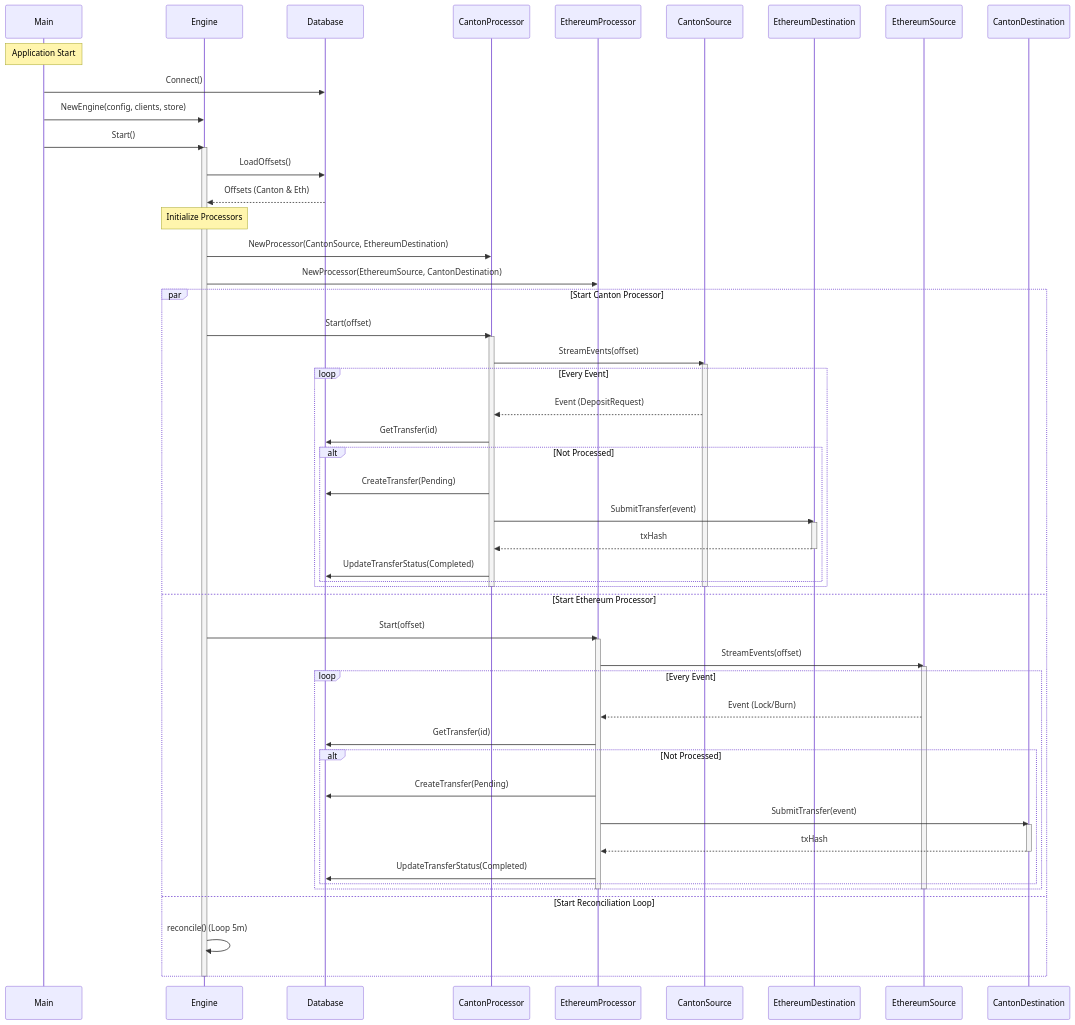
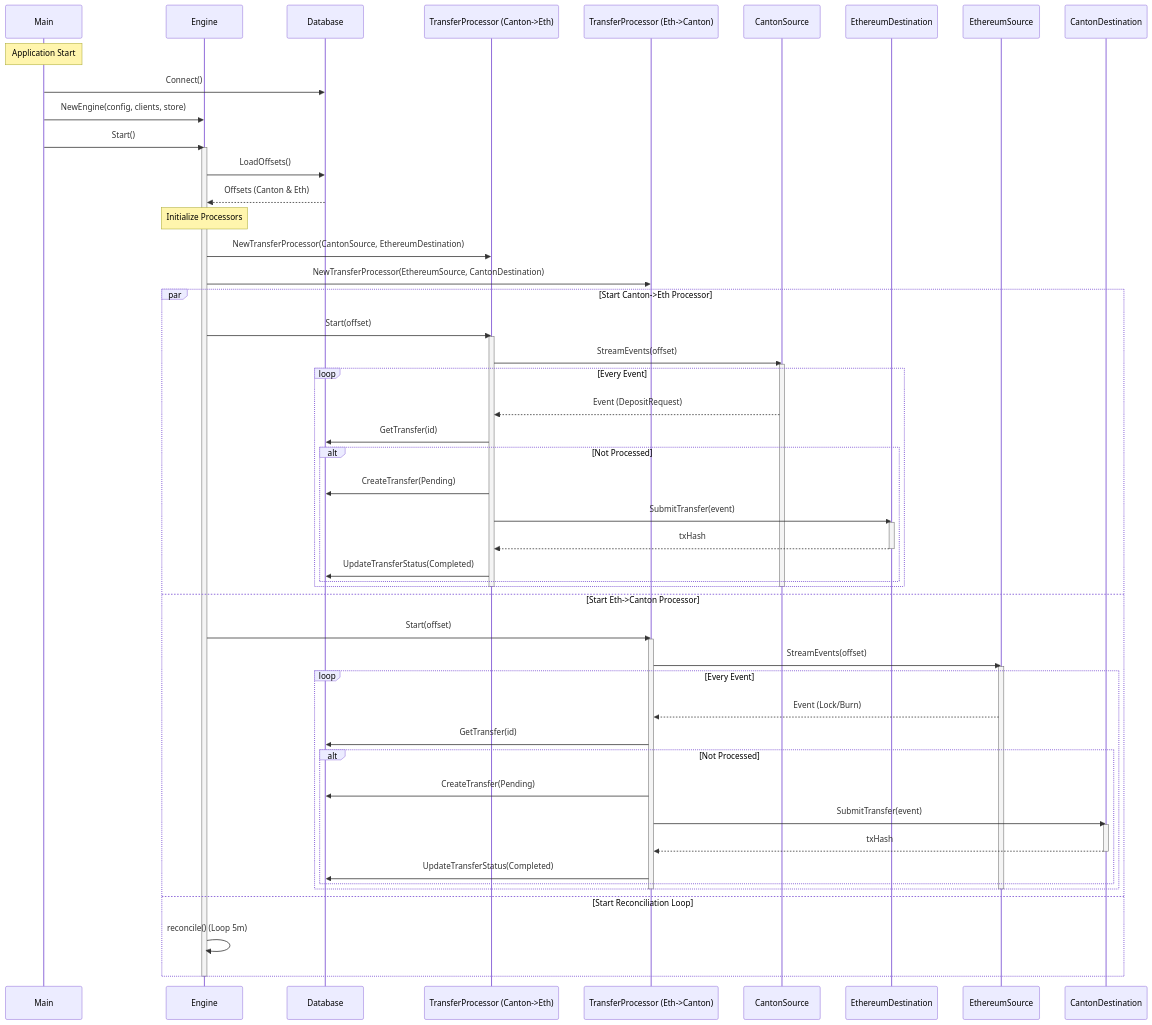
One commit to ChainSafe/canton-middleware changed the diagram in docs/architecture_design.md. Above: the diagram before and after it, drawn with Mermaid. The commit also changed other lines of this file and 3 other files, not shown here.

````diff
--- a/docs/architecture_design.md
+++ b/docs/architecture_design.md
@@ -7,71 +7,71 @@
 ```mermaid
 sequenceDiagram
     participant Main
     participant Engine
     participant Store as Database
-    participant CP as CantonProcessor
-    participant EP as EthereumProcessor
+    participant C2E as TransferProcessor (Canton->Eth)
+    participant E2C as TransferProcessor (Eth->Canton)
     participant CS as CantonSource
     participant ED as EthereumDestination
     participant ES as EthereumSource
     participant CD as CantonDestination
 
     Note over Main: Application Start
 
     Main->>Store: Connect()
     Main->>Engine: NewEngine(config, clients, store)
     Main->>Engine: Start()
 
     activate Engine
     Engine->>Store: LoadOffsets()
     Store-->>Engine: Offsets (Canton & Eth)
 
     Note over Engine: Initialize Processors
 
-    Engine->>CP: NewProcessor(CantonSource, EthereumDestination)
-    Engine->>EP: NewProcessor(EthereumSource, CantonDestination)
+    Engine->>C2E: NewTransferProcessor(CantonSource, EthereumDestination)
+    Engine->>E2C: NewTransferProcessor(EthereumSource, CantonDestination)
 
-    par Start Canton Processor
-        Engine->>CP: Start(offset)
-        activate CP
-        CP->>CS: StreamEvents(offset)
+    par Start Canton->Eth Processor
+        Engine->>C2E: Start(offset)
+        activate C2E
+        C2E->>CS: StreamEvents(offset)
         activate CS
         loop Every Event
-            CS-->>CP: Event (DepositRequest)
-            CP->>Store: GetTransfer(id)
+            CS-->>C2E: Event (DepositRequest)
+            C2E->>Store: GetTransfer(id)
             alt Not Processed
-                CP->>Store: CreateTransfer(Pending)
-                CP->>ED: SubmitTransfer(event)
+                C2E->>Store: CreateTransfer(Pending)
+                C2E->>ED: SubmitTransfer(event)
                 activate ED
-                ED-->>CP: txHash
+                ED-->>C2E: txHash
                 deactivate ED
-                CP->>Store: UpdateTransferStatus(Completed)
+                C2E->>Store: UpdateTransferStatus(Completed)
             end
         end
         deactivate CS
-        deactivate CP
-    and Start Ethereum Processor
-        Engine->>EP: Start(offset)
-        activate EP
-        EP->>ES: StreamEvents(offset)
+        deactivate C2E
+    and Start Eth->Canton Processor
+        Engine->>E2C: Start(offset)
+        activate E2C
+        E2C->>ES: StreamEvents(offset)
         activate ES
         loop Every Event
-            ES-->>EP: Event (Lock/Burn)
-            EP->>Store: GetTransfer(id)
+            ES-->>E2C: Event (Lock/Burn)
+            E2C->>Store: GetTransfer(id)
             alt Not Processed
-                EP->>Store: CreateTransfer(Pending)
-                EP->>CD: SubmitTransfer(event)
+                E2C->>Store: CreateTransfer(Pending)
+                E2C->>CD: SubmitTransfer(event)
                 activate CD
-                CD-->>EP: txHash
+                CD-->>E2C: txHash
                 deactivate CD
-                EP->>Store: UpdateTransferStatus(Completed)
+                E2C->>Store: UpdateTransferStatus(Completed)
             end
         end
         deactivate ES
-        deactivate EP
+        deactivate E2C
     and Start Reconciliation Loop
         Engine->>Engine: reconcile() (Loop 5m)
     end
 
     deactivate Engine
 ```
````
